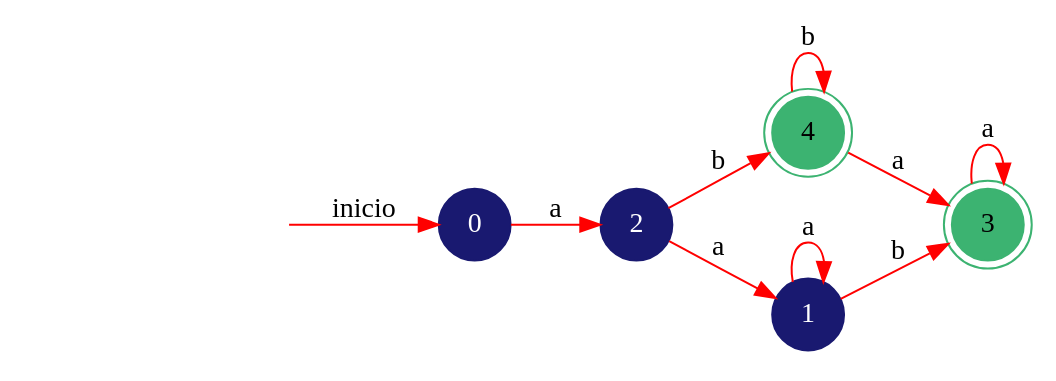
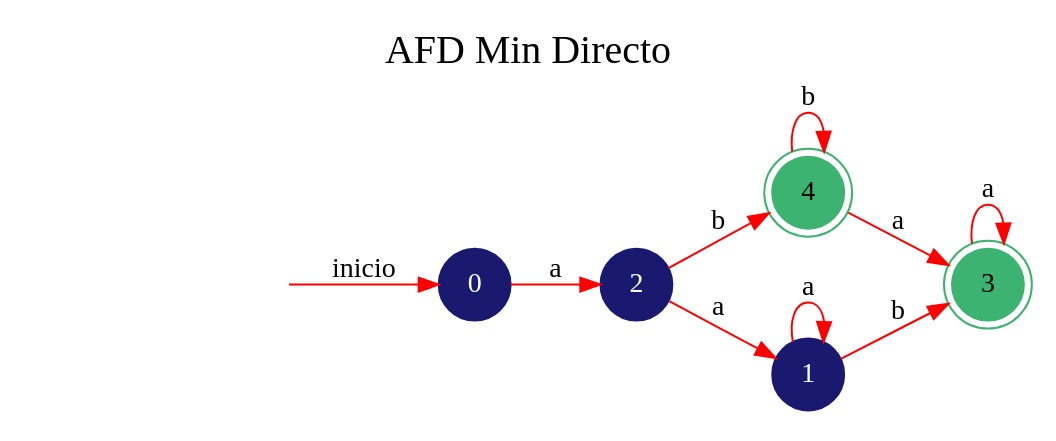
One commit to fcpauldiaz-archive/Automata changed the diagram in GeneracionAutomatas/DOT/AFD Min Directo.dot. Above: the diagram before and after it, drawn with Graphviz. The commit also changed 28 other files, not shown here.

```diff
--- a/GeneracionAutomatas/DOT/AFD Min Directo.dot
+++ b/GeneracionAutomatas/DOT/AFD Min Directo.dot
@@ -1,18 +1,18 @@
 digraph automata_finito {
 	rankdir=LR;
-	size="13,5"
+	graph [label="AFD Min Directo", labelloc=t, fontsize=20]; 
 	node [shape=doublecircle, style = filled,color = mediumseagreen]; 3 4;
 	node [shape=circle];
 	node [color=midnightblue,fontcolor=white];
 	edge [color=red];
-	 secret_node [style=invis];
+	secret_node [style=invis];
 	secret_node -> 0 [label="inicio"];
 	0 -> 2 [label="a"];
 	1 -> 1 [label="a"];
 	1 -> 3 [label="b"];
 	2 -> 1 [label="a"];
 	2 -> 4 [label="b"];
 	3 -> 3 [label="a"];
 	4 -> 3 [label="a"];
 	4 -> 4 [label="b"];
 }
```
